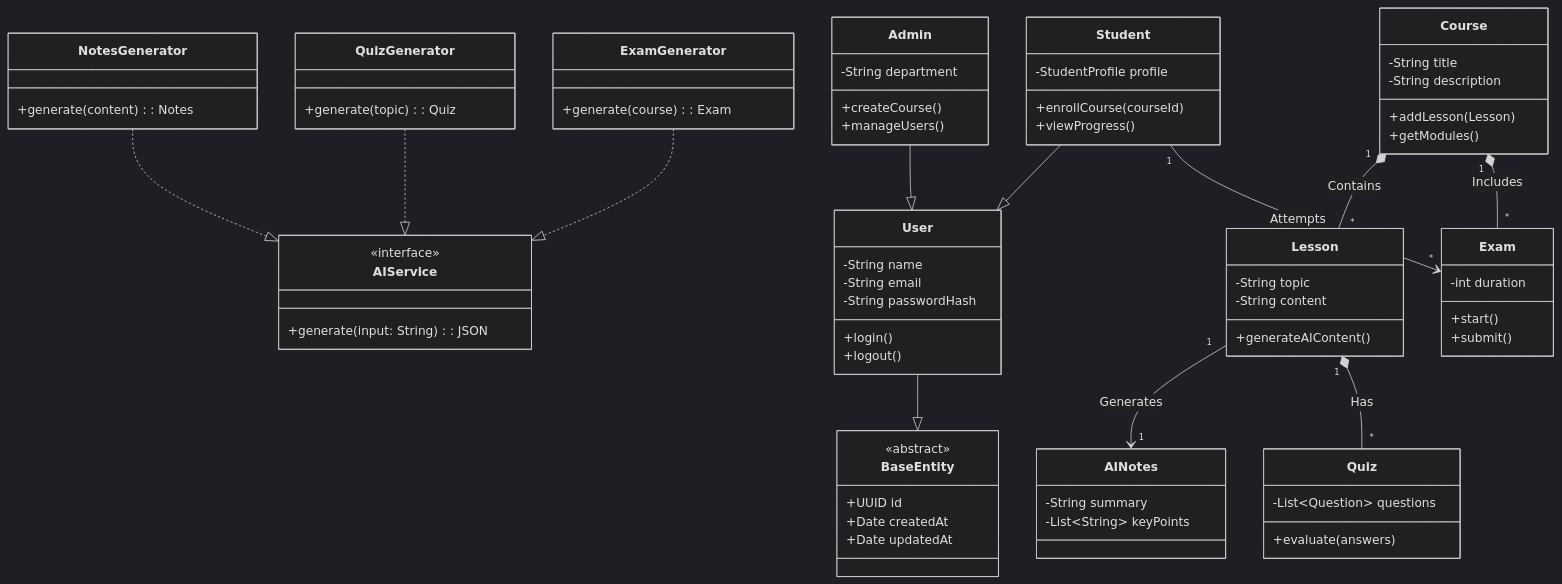
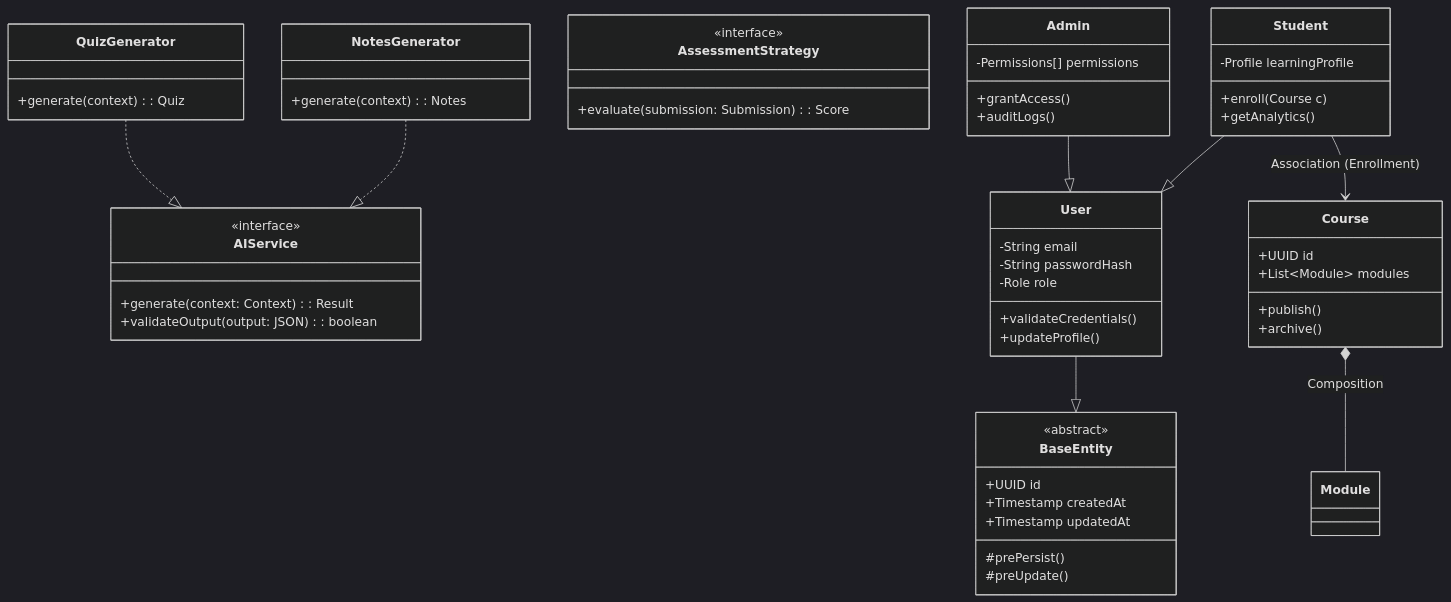
One commit to suvendukungfu/ai-education-platform changed the first of 2 diagrams in docs/03_Structural_Diagrams.md. Above: the diagram before and after it, drawn with Mermaid (dark theme). The commit also changed other lines of this file and 6 other files, not shown here.

Commit message:
Docs: Major refactor for technical precision and architectural depth

````diff
--- a/docs/03_Structural_Diagrams.md
+++ b/docs/03_Structural_Diagrams.md
@@ -9,94 +19,72 @@
 ```mermaid
 classDiagram
-    %% Abstract & Interface Definitions
+    %% Interface Segregation
     class AIService {
         <<interface>>
-        +generate(input: String): JSON
+        +generate(context: Context): Result
+        +validateOutput(output: JSON): boolean
     }
 
     class BaseEntity {
         <<abstract>>
         +UUID id
-        +Date createdAt
-        +Date updatedAt
+        +Timestamp createdAt
+        +Timestamp updatedAt
+        #prePersist()
+        #preUpdate()
     }
 
-    %% User Hierarchy (Inheritance)
+    %% User Domain
     class User {
-        -String name
         -String email
         -String passwordHash
-        +login()
-        +logout()
+        -Role role
+        +validateCredentials()
+        +updateProfile()
     }
 
     class Student {
-        -StudentProfile profile
-        +enrollCourse(courseId)
-        +viewProgress()
+        -Profile learningProfile
+        +enroll(Course c)
+        +getAnalytics()
     }
 
     class Admin {
-        -String department
-        +createCourse()
-        +manageUsers()
+        -Permissions[] permissions
+        +grantAccess()
+        +auditLogs()
     }
 
     User --|> BaseEntity
     Student --|> User
     Admin --|> User
 
-    %% Core Domain Models
+    %% Content Domain
     class Course {
-        -String title
-        -String description
-        +addLesson(Lesson)
-        +getModules()
+        +UUID id
+        +List~Module~ modules
+        +publish()
+        +archive()
     }
 
-    class Lesson {
-        -String topic
-        -String content
-        +generateAIContent()
+    class AssessmentStrategy {
+        <<interface>>
+        +evaluate(submission: Submission): Score
     }
 
-    class AINotes {
-        -String summary
-        -List~String~ keyPoints
-    }
-
-    class Quiz {
-        -List~Question~ questions
-        +evaluate(answers)
-    }
-
-    class Exam {
-        -int duration
-        +start()
-        +submit()
-    }
-
-    %% AI Implementation (Polymorphism)
+    %% Implementations
     class NotesGenerator {
-        +generate(content): Notes
+        +generate(context): Notes
     }
 
     class QuizGenerator {
-        +generate(topic): Quiz
-    }
-
-    class ExamGenerator {
-        +generate(course): Exam
+        +generate(context): Quiz
     }
 
     NotesGenerator ..|> AIService
     QuizGenerator ..|> AIService
-    ExamGenerator ..|> AIService
 
     %% Relationships
-    Course "1" *-- "*" Lesson : Contains
-    Lesson "1" --> "1" AINotes : Generates
-    Lesson "1" *-- "*" Quiz : Has
-    Course "1" *-- "*" Exam : Includes
-    Student "1" --> "*" Exam : Attempts
+    Course *-- Module : Composition
+    Student --> Course : Association (Enrollment)
 ```
````
